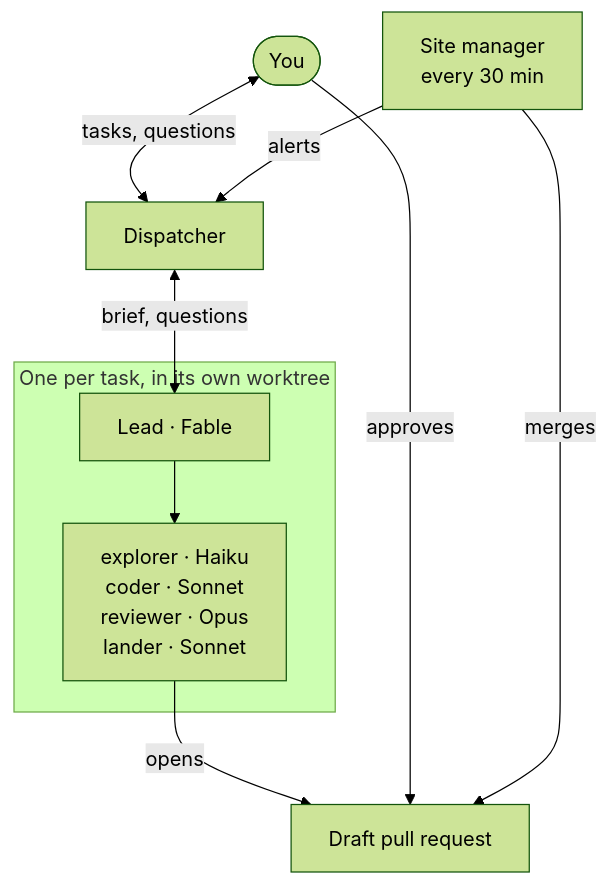
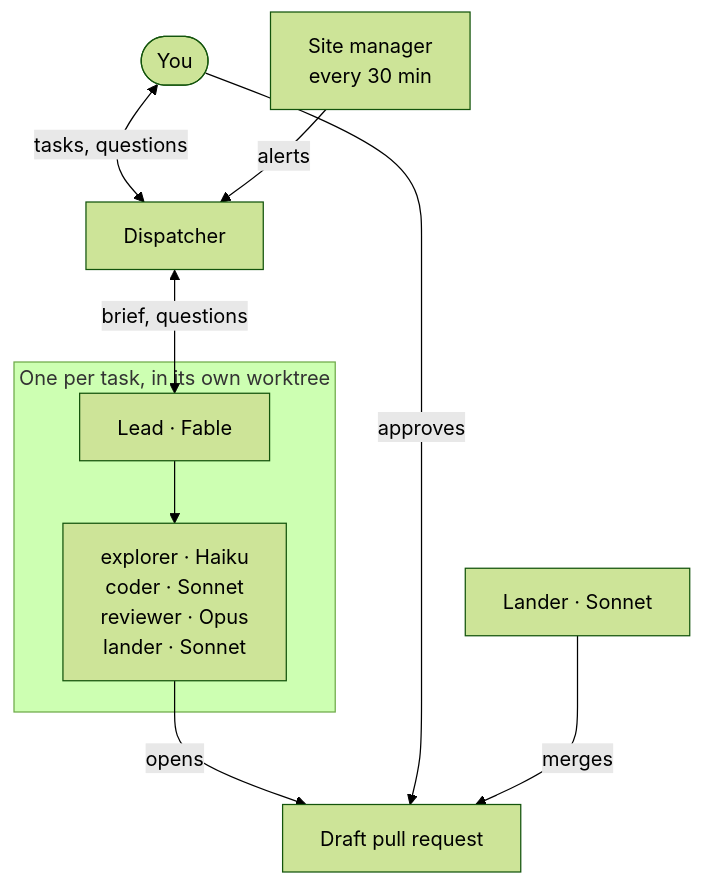
The first of 2 diagrams in README.md (andreiciobotar/isshoni), drawn with Mermaid (forest theme) before and after one commit. The commit also changed other lines of this file and 4 other files, not shown here.

Commit message:
factory rules: the lander merges approved pull requests; the site manager only watches

````diff
--- a/README.md
+++ b/README.md
@@ -63,12 +63,12 @@
 ```mermaid
 flowchart TD
     you([You]) <-- tasks, questions --> disp[Dispatcher]
     disp <-- brief, questions --> lead
     subgraph task [One per task, in its own worktree]
         lead[Lead · Fable] --> subs[explorer · Haiku<br>coder · Sonnet<br>reviewer · Opus<br>lander · Sonnet]
     end
     subs -- opens --> pr[Draft pull request]
     you -- approves --> pr
     sm[Site manager<br>every 30 min] -- alerts --> disp
-    sm -- merges --> pr
+    lander[Lander · Sonnet] -- merges --> pr
 ```
````
